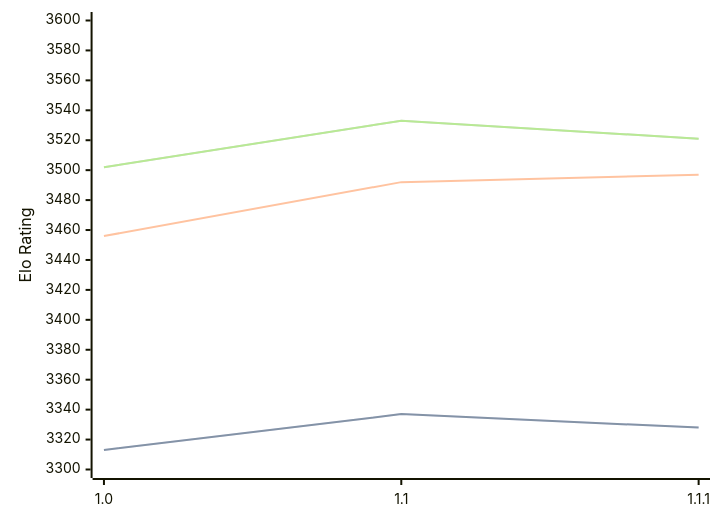
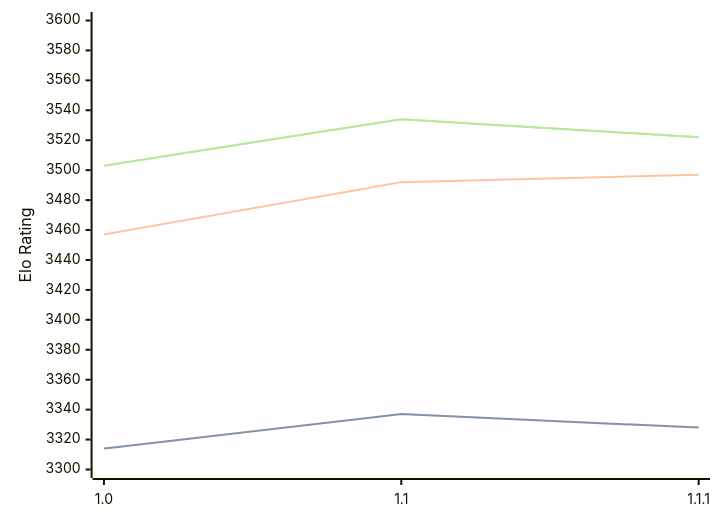
The diagram in engines/Icarus.md (computer-chess-index/cci), drawn with Mermaid before and after one commit. The commit also changed other lines of this file, not shown here.

Commit message:
Update CCI Ratings (ELO VLTC) - 2026-08-27

````diff
--- a/engines/Icarus.md
+++ b/engines/Icarus.md
@@ -33,11 +33,11 @@
 ```mermaid
 %%{init: {"theme":"base","themeVariables":{"seriesColors:['#a3a3a3','#222221','#faa371']}}}%%
 xychart-beta
   x-axis ["1.0", "1.1", "1.1.1"]
   y-axis "Elo Rating" 3300 --> 3600
-  line "STC (8.0+0.08s)" [3313, 3337, 3328]
-  line "STC (8.0+0.08s)" [3313, 3337, 3328]
-  line "LTC (60.0+0.60s)" [3456, 3492, 3497]
-  line "VLTC (2m24s+1.12s)" [3502, 3533, 3521]
-  line "VLTC (2m24s+1.12s)" [3502, 3533, 3521]
+  line "STC (8.0+0.08s)" [3314, 3337, 3328]
+  line "STC (8.0+0.08s)" [3314, 3337, 3328]
+  line "LTC (60.0+0.60s)" [3457, 3492, 3497]
+  line "VLTC (2m24s+1.12s)" [3503, 3534, 3522]
+  line "VLTC (2m24s+1.12s)" [3503, 3534, 3522]
 ```
````
